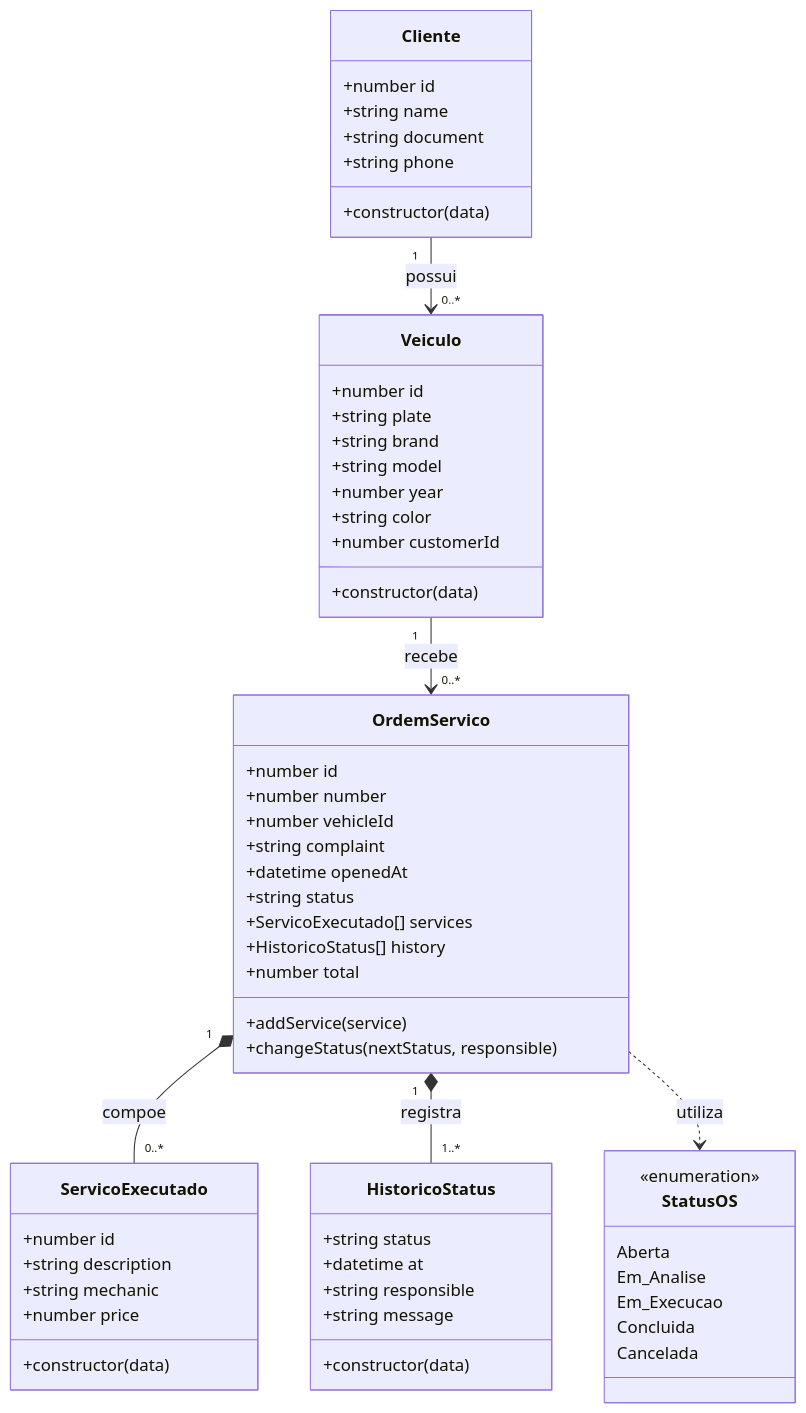
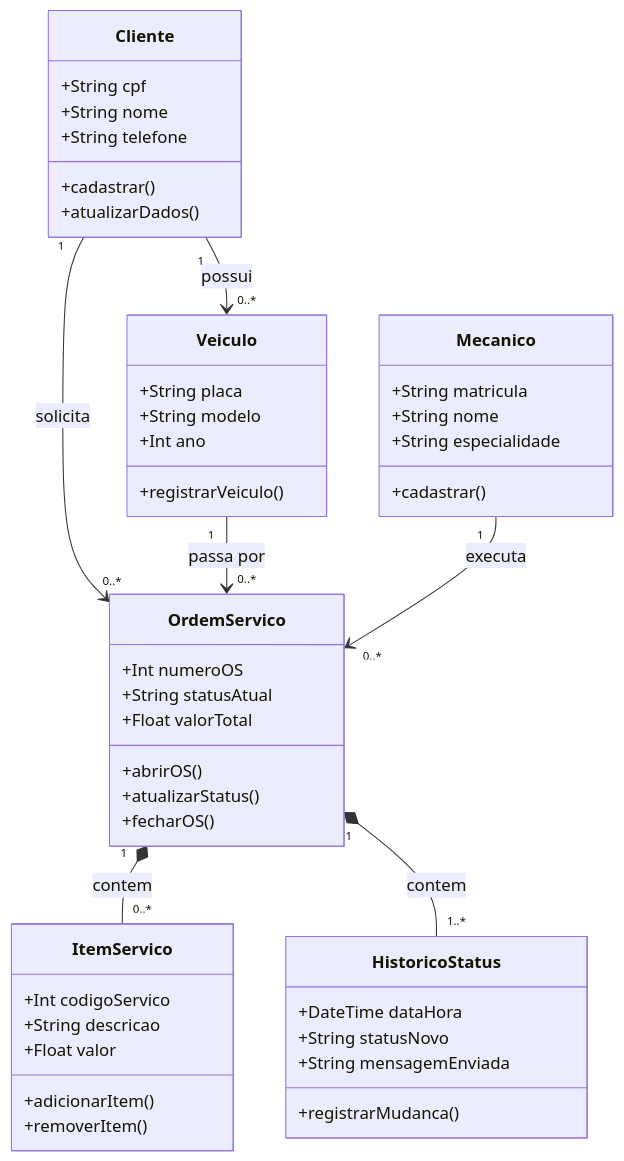
Before and after one commit to franciscanacintra-lang/oficina_mecanica: the diagram in docs/uml.md, drawn with Mermaid. The commit also changed other lines of this file and 3 other files, not shown here.

Commit message:
docs: alinhar UML ao modelo de seis classes

````diff
--- a/docs/uml.md
+++ b/docs/uml.md
@@ -19,61 +20,50 @@
 ```mermaid
 classDiagram
     class Cliente {
-        +number id
-        +string name
-        +string document
-        +string phone
-        +constructor(data)
+        +String cpf
+        +String nome
+        +String telefone
+        +cadastrar()
+        +atualizarDados()
     }
     class Veiculo {
-        +number id
-        +string plate
-        +string brand
-        +string model
-        +number year
-        +string color
-        +number customerId
-        +constructor(data)
+        +String placa
+        +String modelo
+        +Int ano
+        +registrarVeiculo()
+    }
+    class Mecanico {
+        +String matricula
+        +String nome
+        +String especialidade
+        +cadastrar()
     }
     class OrdemServico {
-        +number id
-        +number number
-        +number vehicleId
-        +string complaint
-        +datetime openedAt
-        +string status
-        +ServicoExecutado[] services
-        +HistoricoStatus[] history
-        +number total
-        +addService(service)
-        +changeStatus(nextStatus, responsible)
+        +Int numeroOS
+        +String statusAtual
+        +Float valorTotal
+        +abrirOS()
+        +atualizarStatus()
+        +fecharOS()
     }
-    class ServicoExecutado {
-        +number id
-        +string description
-        +string mechanic
-        +number price
-        +constructor(data)
+    class ItemServico {
+        +Int codigoServico
+        +String descricao
+        +Float valor
+        +adicionarItem()
+        +removerItem()
     }
     class HistoricoStatus {
-        +string status
-        +datetime at
-        +string responsible
-        +string message
-        +constructor(data)
-    }
-    class StatusOS {
-        <<enumeration>>
-        Aberta
-        Em_Analise
-        Em_Execucao
-        Concluida
-        Cancelada
+        +DateTime dataHora
+        +String statusNovo
+        +String mensagemEnviada
+        +registrarMudanca()
     }
 
     Cliente "1" --> "0..*" Veiculo : possui
-    Veiculo "1" --> "0..*" OrdemServico : recebe
-    OrdemServico "1" *-- "0..*" ServicoExecutado : compoe
-    OrdemServico "1" *-- "1..*" HistoricoStatus : registra
-    OrdemServico ..> StatusOS : utiliza
+    Cliente "1" --> "0..*" OrdemServico : solicita
+    Veiculo "1" --> "0..*" OrdemServico : passa por
+    Mecanico "1" --> "0..*" OrdemServico : executa
+    OrdemServico "1" *-- "0..*" ItemServico : contem
+    OrdemServico "1" *-- "1..*" HistoricoStatus : contem
 ```
````
